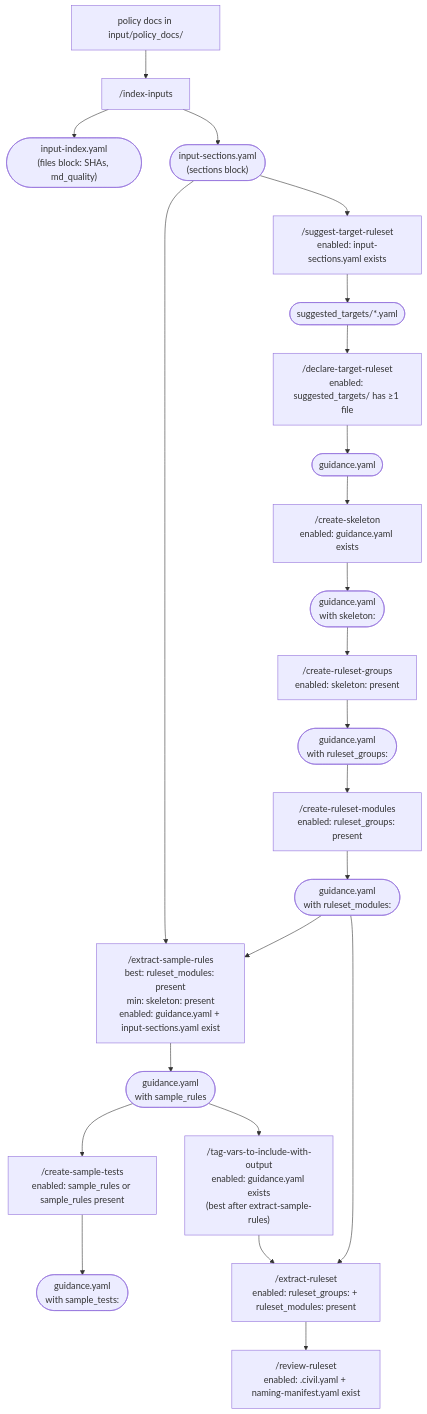
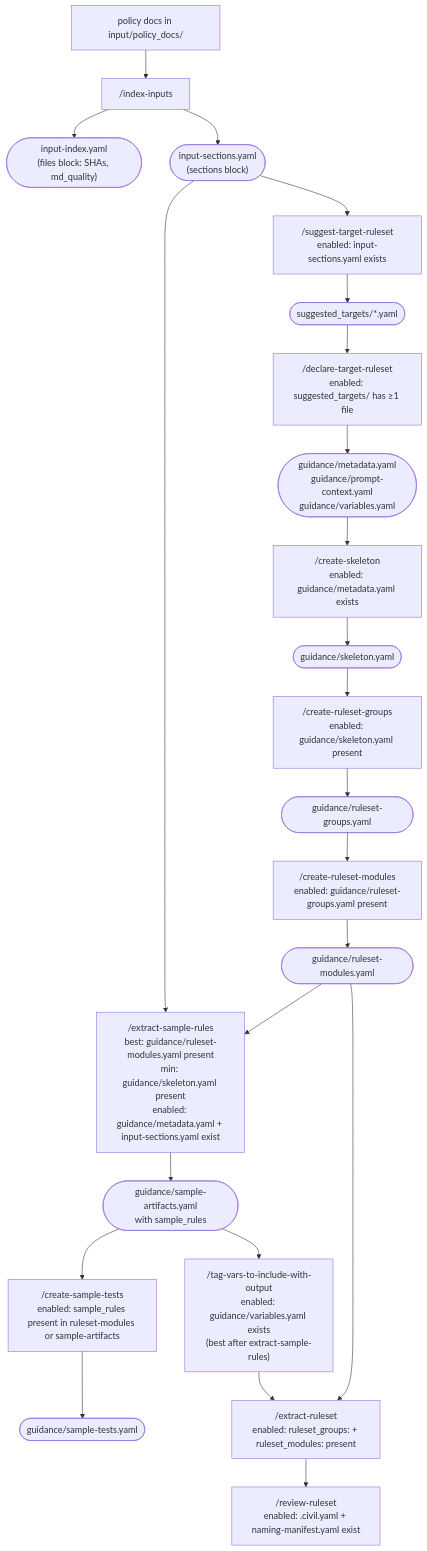
The diagram in xl-plugin/CLAUDE.md (navapbc/lockpicks-xlator-plugin), drawn with Mermaid before and after one commit. The commit also changed other lines of this file and 31 other files, not shown here.

First line of the commit message:
refactor: split guidance.yaml into guidance/ folder (U1–U9)

````diff
--- a/xl-plugin/CLAUDE.md
+++ b/xl-plugin/CLAUDE.md
@@ -70,44 +70,44 @@
 ```mermaid
 flowchart TD
     DOCS["policy docs in input/policy_docs/"]
     IDX_CMD["/index-inputs"]
     IDX_META(["input-index.yaml\n(files block: SHAs, md_quality)"])
     IDX_SECTS(["input-sections.yaml\n(sections block)"])
 
     DOCS --> IDX_CMD --> IDX_META
     IDX_CMD --> IDX_SECTS
 
     SUG["/suggest-target-ruleset\nenabled: input-sections.yaml exists"]
     SUG_F(["suggested_targets/*.yaml"])
     DECL["/declare-target-ruleset\nenabled: suggested_targets/ has ≥1 file"]
-    GY(["guidance.yaml"])
+    GY(["guidance/metadata.yaml\nguidance/prompt-context.yaml\nguidance/variables.yaml"])
 
     IDX_SECTS --> SUG --> SUG_F --> DECL --> GY
 
-    SKEL["/create-skeleton\nenabled: guidance.yaml exists"]
-    GY_SKEL(["guidance.yaml\nwith skeleton:"])
-    GROUPS["/create-ruleset-groups\nenabled: skeleton: present"]
-    GY_GROUPS(["guidance.yaml\nwith ruleset_groups:"])
-    MODS["/create-ruleset-modules\nenabled: ruleset_groups: present"]
+    SKEL["/create-skeleton\nenabled: guidance/metadata.yaml exists"]
+    GY_SKEL(["guidance/skeleton.yaml"])
+    GROUPS["/create-ruleset-groups\nenabled: guidance/skeleton.yaml present"]
+    GY_GROUPS(["guidance/ruleset-groups.yaml"])
+    MODS["/create-ruleset-modules\nenabled: guidance/ruleset-groups.yaml present"]
 
     GY --> SKEL --> GY_SKEL --> GROUPS --> GY_GROUPS --> MODS
 
-    GY_MODS(["guidance.yaml\nwith ruleset_modules:"])
-    SAMPLERULES["/extract-sample-rules\nbest: ruleset_modules: present\nmin: skeleton: present\nenabled: guidance.yaml + input-sections.yaml exist"]
-    GY_RULES(["guidance.yaml\nwith sample_rules"])
-    TAGVARS["/tag-vars-to-include-with-output\nenabled: guidance.yaml exists\n(best after extract-sample-rules)"]
-    SAMPLETESTS["/create-sample-tests\nenabled: sample_rules or sample_rules present"]
-    GY_SAMPLETESTS(["guidance.yaml\nwith sample_tests:"])
+    GY_MODS(["guidance/ruleset-modules.yaml"])
+    SAMPLERULES["/extract-sample-rules\nbest: guidance/ruleset-modules.yaml present\nmin: guidance/skeleton.yaml present\nenabled: guidance/metadata.yaml + input-sections.yaml exist"]
+    GY_RULES(["guidance/sample-artifacts.yaml\nwith sample_rules"])
+    TAGVARS["/tag-vars-to-include-with-output\nenabled: guidance/variables.yaml exists\n(best after extract-sample-rules)"]
+    SAMPLETESTS["/create-sample-tests\nenabled: sample_rules present in ruleset-modules or sample-artifacts"]
+    GY_SAMPLETESTS(["guidance/sample-tests.yaml"])
 
     MODS --> GY_MODS --> SAMPLERULES
     IDX_SECTS --> SAMPLERULES
     SAMPLERULES --> GY_RULES --> TAGVARS
     GY_RULES --> SAMPLETESTS --> GY_SAMPLETESTS
 
     EXTRACT["/extract-ruleset\nenabled: ruleset_groups: + ruleset_modules: present"]
     REVIEW["/review-ruleset\nenabled: <program>.civil.yaml + naming-manifest.yaml exist"]
 
     GY_MODS --> EXTRACT
     TAGVARS --> EXTRACT
     EXTRACT --> REVIEW
 ```
````
